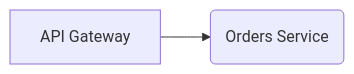
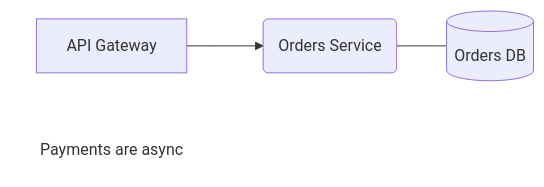
The diagram in apps/blockliner/README.md (NathanLaan/laankit), drawn with Mermaid before and after one commit. The commit also changed other lines of this file and 77 other files, not shown here.

````diff
--- a/apps/blockliner/README.md
+++ b/apps/blockliner/README.md
@@ -27,10 +39,18 @@
 ```mermaid
 flowchart LR
   api["API Gateway"]
   orders("Orders Service")
+  orders_db[("Orders DB")]
+  note_1["Payments are async"]:::bl_text
   api --> orders
+  orders --- orders_db
+  classDef bl_text fill:none,stroke:none
 
 %% blockliner 1 grid=20
 %% @shape api x=40 y=80 w=160 h=60
 %% @shape orders x=280 y=80 w=160 h=60
+%% @shape orders_db x=520 y=80 w=160 h=60
+%% @shape note_1 x=280 y=180 w=200 h=40
+%% @edge api->orders from=E to=W
+%% @line arrow from=600,240 to=orders:S
 ```
````
